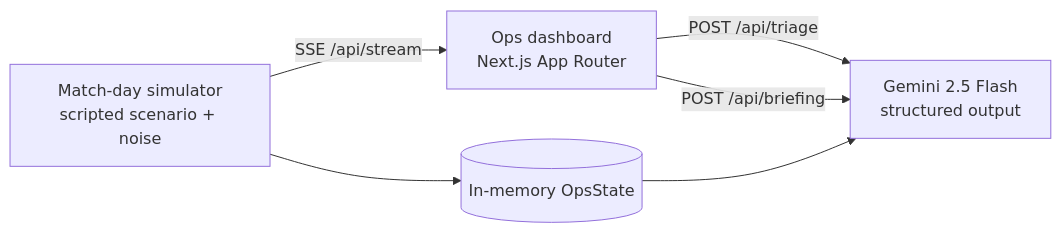
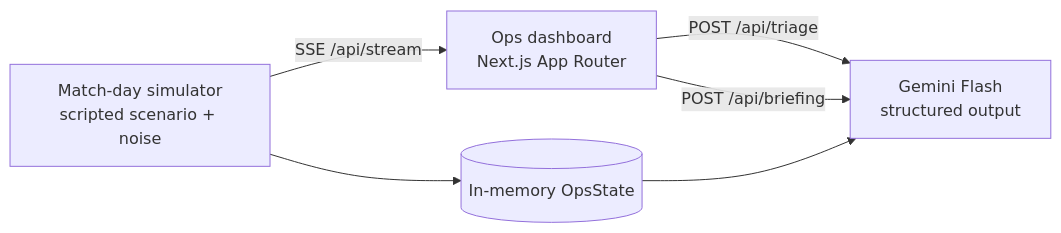
Before and after one commit to Sarthak195/matchday-command: the diagram in README.md, drawn with Mermaid. The commit also changed other lines of this file and 7 other files, not shown here.

````diff
--- a/README.md
+++ b/README.md
@@ -31,8 +31,8 @@
 ```mermaid
 flowchart LR
     SIM[Match-day simulator<br/>scripted scenario + noise] -->|SSE /api/stream| UI[Ops dashboard<br/>Next.js App Router]
     SIM --> STORE[(In-memory OpsState)]
-    UI -->|POST /api/triage| GEMINI[Gemini 2.5 Flash<br/>structured output]
+    UI -->|POST /api/triage| GEMINI[Gemini Flash<br/>structured output]
     UI -->|POST /api/briefing| GEMINI
     STORE --> GEMINI
 ```
````
